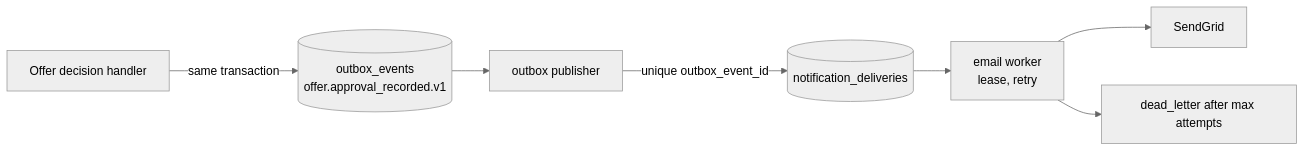
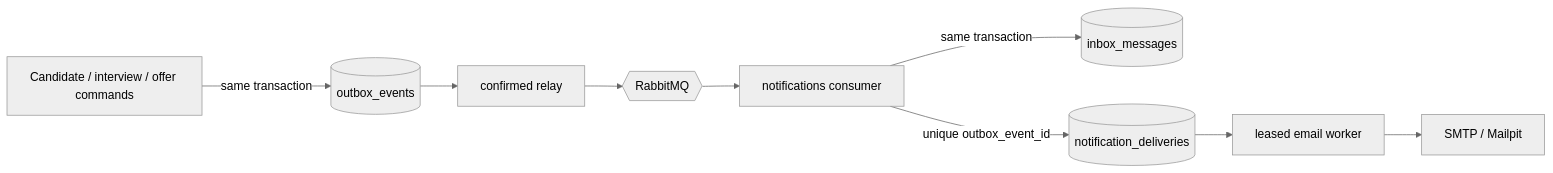
The eighth of 10 diagrams in docs/architecture.md (duthaho/talentflow), drawn with Mermaid (neutral theme) before and after one commit. The commit also changed other lines of this file and 34 other files, not shown here.

Commit message:
Publish domain events through a confirmed RabbitMQ relay

````diff
--- a/docs/architecture.md
+++ b/docs/architecture.md
@@ -199,7 +199,9 @@
 ```mermaid
 flowchart LR
-  cmd["Offer decision handler"] -- "same transaction" --> ob[("outbox_events<br/>offer.approval_recorded.v1")]
-  ob --> pub["outbox publisher"] -- "unique outbox_event_id" --> nd[("notification_deliveries")]
-  nd --> w["email worker<br/>lease, retry"] --> sg["SendGrid"]
-  w --> dl["dead_letter after max attempts"]
+  cmd["Candidate / interview / offer commands"] -- "same transaction" --> ob[("outbox_events")]
+  ob --> pub["confirmed relay"] --> mq{{"RabbitMQ"}}
+  mq --> consumer["notifications consumer"]
+  consumer -- "same transaction" --> inbox[("inbox_messages")]
+  consumer -- "unique outbox_event_id" --> nd[("notification_deliveries")]
+  nd --> worker["leased email worker"] --> smtp["SMTP / Mailpit"]
 ```
````
